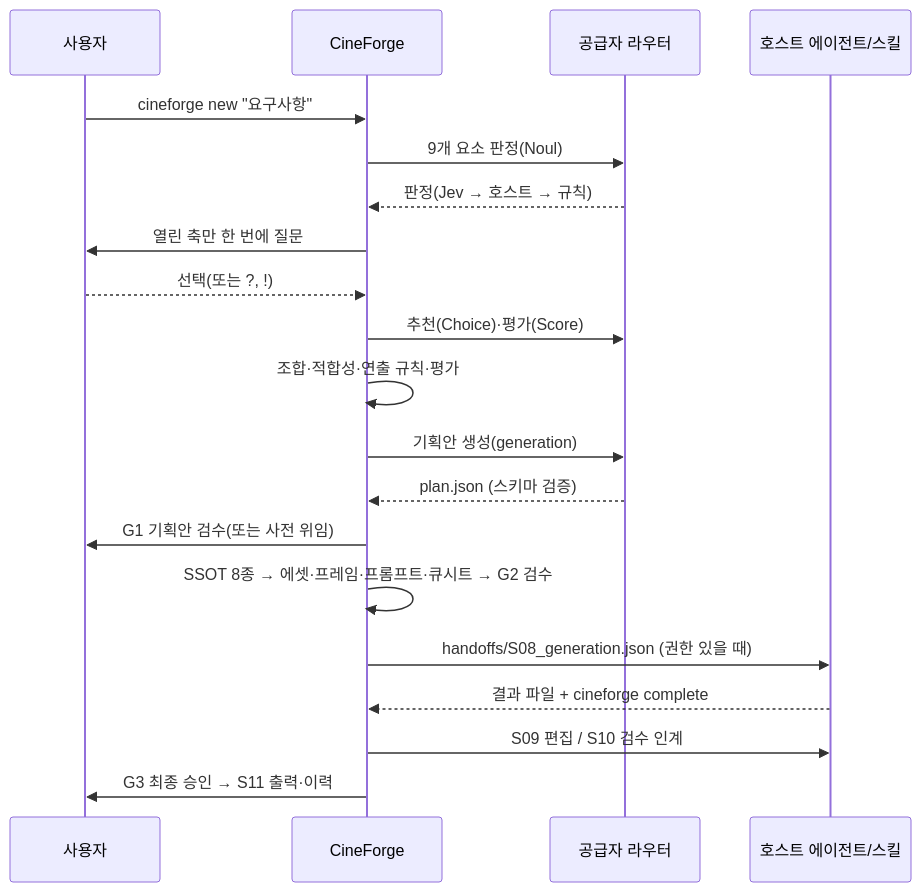
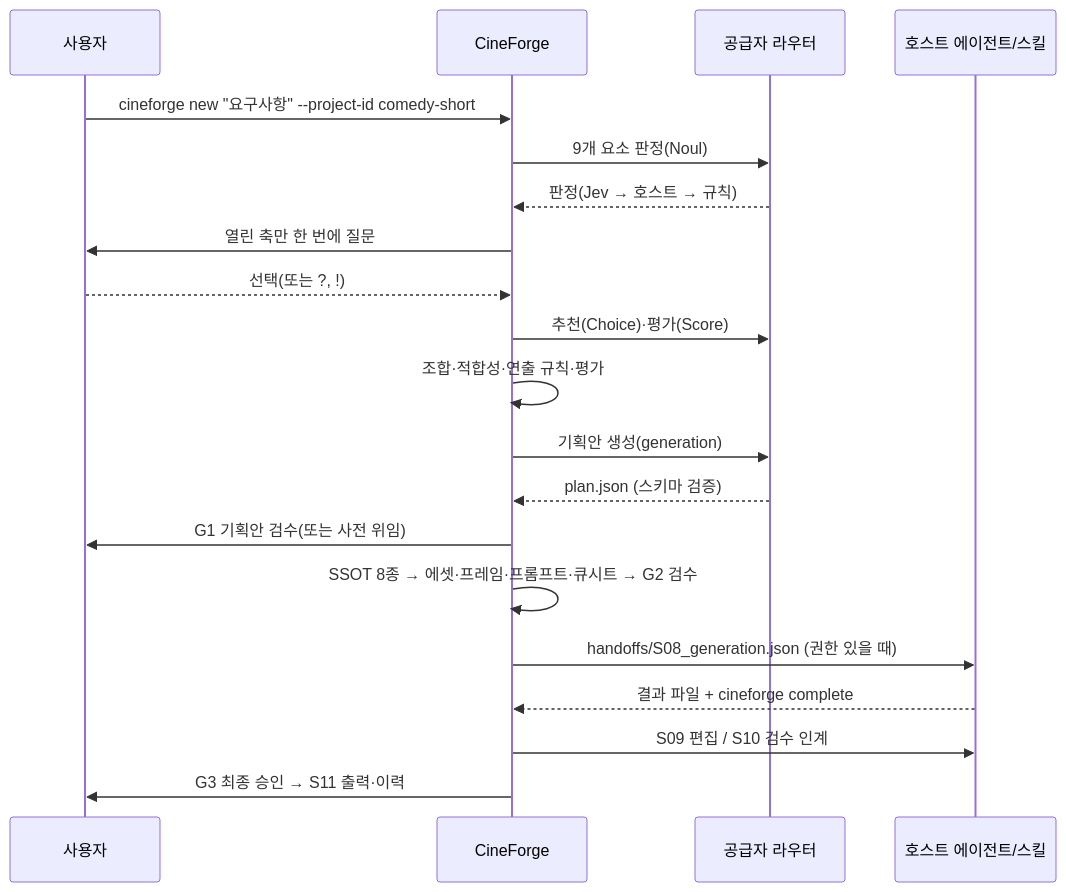
The second of 2 diagrams in docs/02-architecture.md (DeclanJeon/cineforge), drawn with Mermaid before and after one commit. The commit also changed 8 other files, not shown here.

````diff
--- a/docs/02-architecture.md
+++ b/docs/02-architecture.md
@@ -30,22 +30,22 @@
 ```mermaid
 sequenceDiagram
   participant U as 사용자
   participant C as CineForge
   participant R as 공급자 라우터
   participant A as 호스트 에이전트/스킬
-  U->>C: cineforge new "요구사항"
+  U->>C: cineforge new "요구사항" --project-id comedy-short
   C->>R: 9개 요소 판정(Noul)
   R-->>C: 판정(Jev → 호스트 → 규칙)
   C->>U: 열린 축만 한 번에 질문
   U-->>C: 선택(또는 ?, !)
   C->>R: 추천(Choice)·평가(Score)
   C->>C: 조합·적합성·연출 규칙·평가
   C->>R: 기획안 생성(generation)
   R-->>C: plan.json (스키마 검증)
   C->>U: G1 기획안 검수(또는 사전 위임)
   C->>C: SSOT 8종 → 에셋·프레임·프롬프트·큐시트 → G2 검수
   C->>A: handoffs/S08_generation.json (권한 있을 때)
   A-->>C: 결과 파일 + cineforge complete
   C->>A: S09 편집 / S10 검수 인계
   C->>U: G3 최종 승인 → S11 출력·이력
 ```
````
